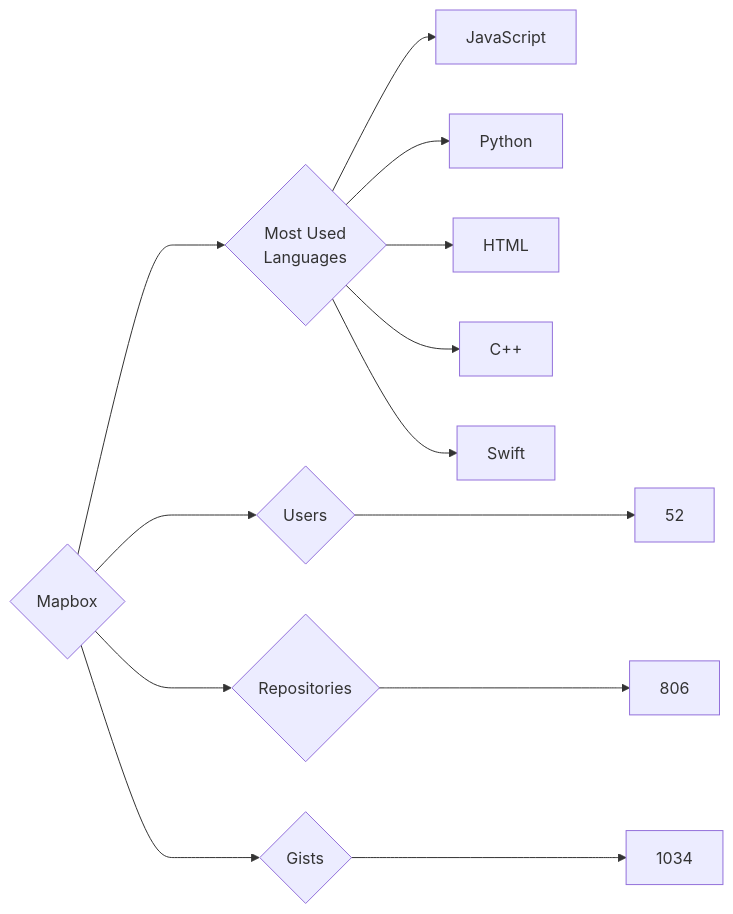
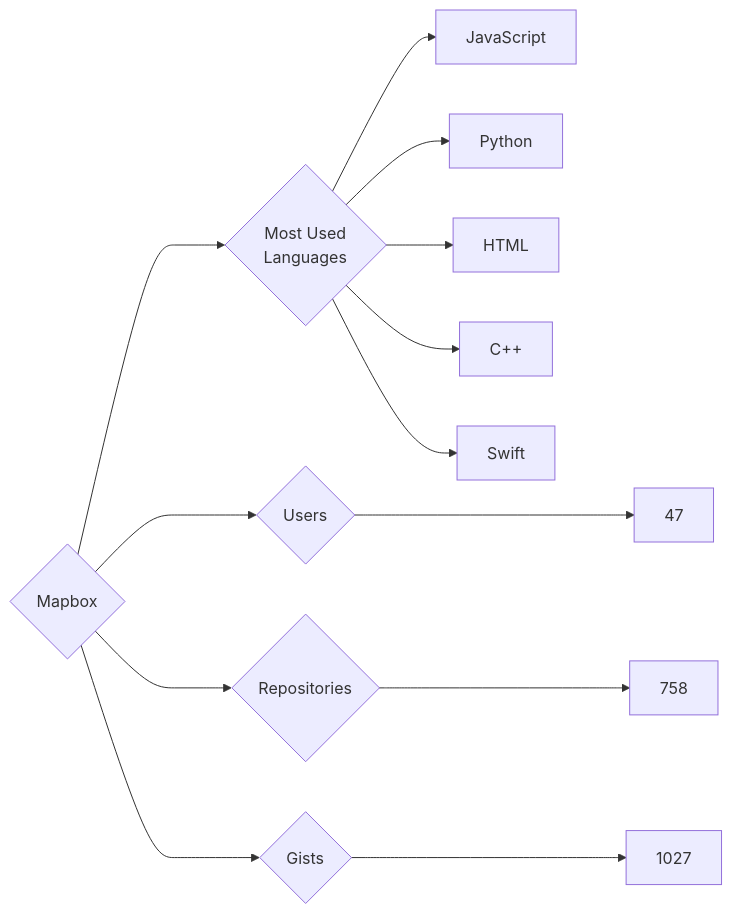
The diagram in targets/Mapbox/README.md (trickest/insiders), drawn with Mermaid before and after one commit. The commit also changed 1479 other files, not shown here.

````diff
--- a/targets/Mapbox/README.md
+++ b/targets/Mapbox/README.md
@@ -3,13 +3,13 @@
 ```mermaid
 graph LR
 COMPANY_NAME{Mapbox}
-COMPANY_NAME ---> U{Users} ---> UN[52]
-COMPANY_NAME ---> R{Repositories} ---> RN[806]
-COMPANY_NAME ---> G{Gists} ---> GN[1034]
+COMPANY_NAME ---> U{Users} ---> UN[47]
+COMPANY_NAME ---> R{Repositories} ---> RN[758]
+COMPANY_NAME ---> G{Gists} ---> GN[1027]
 COMPANY_NAME ---> ML{Most Used<br>Languages}
 ML --> JavaScript[JavaScript]
 ML --> Python[Python]
 ML --> HTML[HTML]
 ML --> C++[C++]
 ML --> Swift[Swift]
 ```
````
